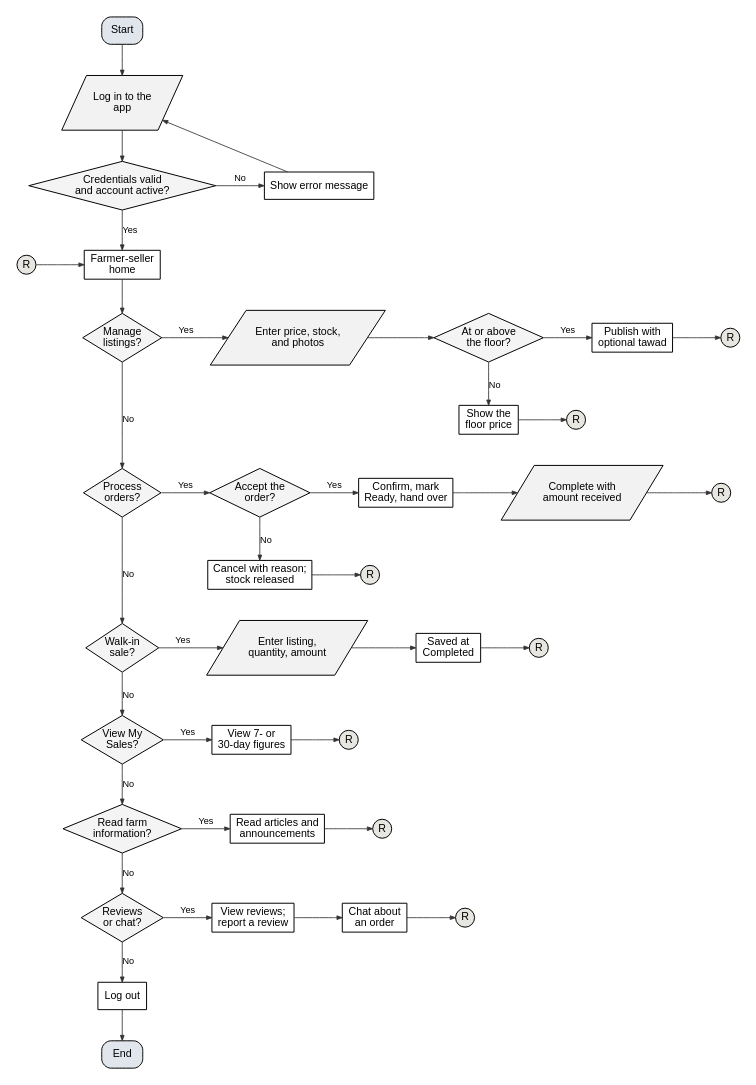
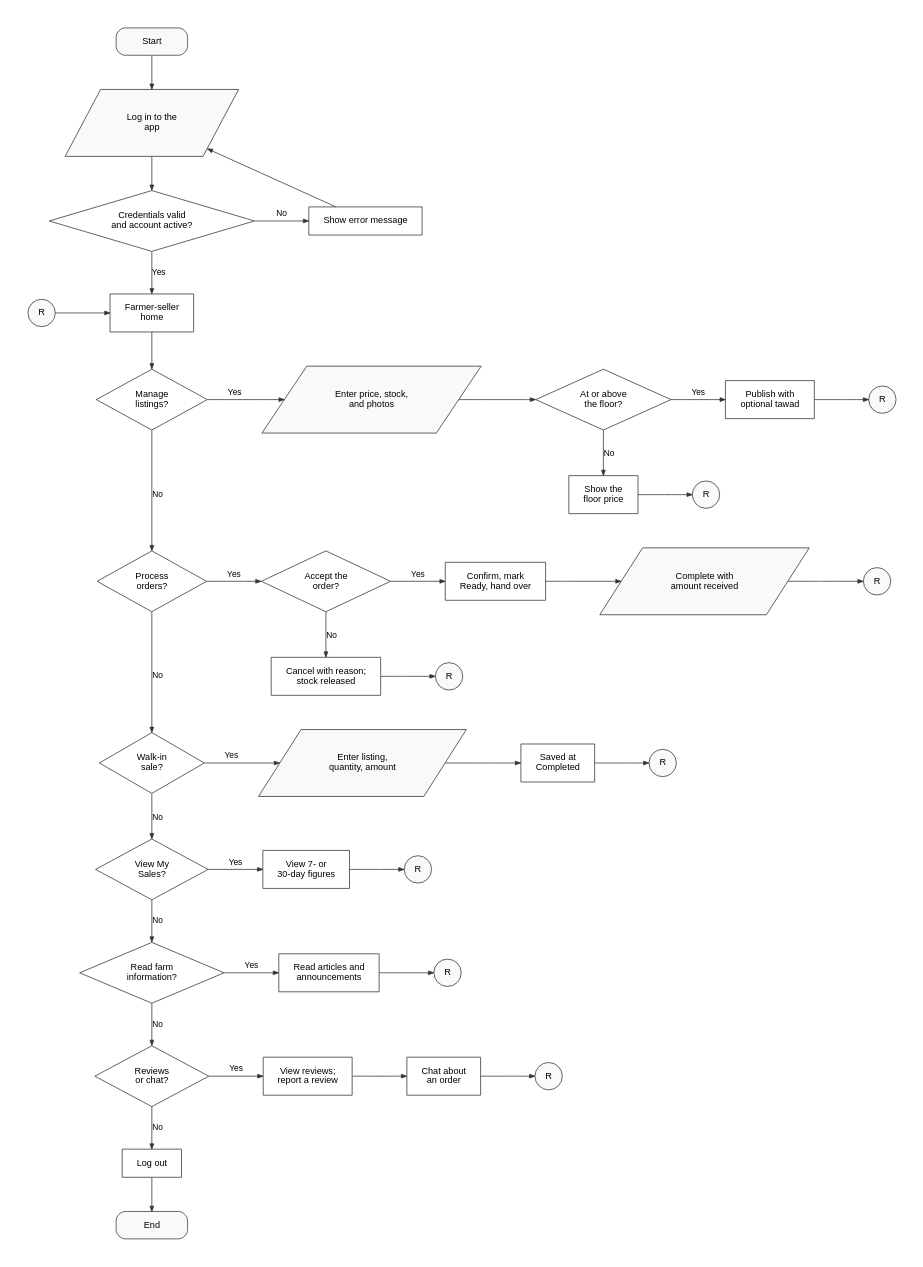
The diagram in docs/manuscript/figures/src/fig5d_flow_farmer_seller.dot (shawncastaneda11-commits/anihow-backend), drawn with Graphviz before and after one commit. The commit also changed 15 other files, not shown here.

First line of the commit message:
docs(manuscript): refactor Figure 5 to a publication-grade flowchart

```diff
--- a/docs/manuscript/figures/src/fig5d_flow_farmer_seller.dot
+++ b/docs/manuscript/figures/src/fig5d_flow_farmer_seller.dot
@@ -1,99 +1,99 @@
 digraph G {
-  graph [rankdir=TB, nodesep=0.45, ranksep=0.55, pad=0.2, fontname="Liberation Sans", newrank=true, splines=polyline];
-  node  [fontname="Liberation Sans", fontsize=14, penwidth=1.3, style=filled, fillcolor="#FFFFFF", margin="0.12,0.06"];
-  edge  [penwidth=1.1, arrowsize=0.7, color="#333333", fontname="Liberation Sans", fontsize=12];
-  s [shape=box, style="rounded,filled", fillcolor="#E1E6ED", label="Start"];
-  li [shape=parallelogram, fillcolor="#F2F2F2", label="Log in to the\napp", margin="0.02,0.04"];
-  ok [shape=diamond, fillcolor="#F4F4F4", label="Credentials valid\nand account active?", margin="0.02,0.02"];
+  graph [rankdir=TB, nodesep=0.5, ranksep=0.6, pad=0.4, fontname="Liberation Sans", newrank=true, splines=polyline, bgcolor="white"];
+  node  [fontname="Liberation Sans", fontsize=12, penwidth=1, color="#333333", style=filled, fillcolor="#FFFFFF", margin="0.26,0.16"];
+  edge  [penwidth=1, arrowsize=0.7, color="#333333", fontname="Liberation Sans", fontsize=11];
+  s [shape=box, style="rounded,filled", fillcolor="#F8F9FA", width=1.3, height=0.5, margin="0.2,0.1", label="Start"];
+  li [shape=parallelogram, fillcolor="#F8F9FA", label="Log in to the\napp", margin="0.30,0.12"];
+  ok [shape=diamond, fillcolor="#FFFFFF", label="Credentials valid\nand account active?", margin="0.20,0.10"];
   err [shape=box, label="Show error message"];
-  ain [shape=circle, width=0.35, fixedsize=true, fillcolor="#E8E6E0", label="R"];
+  ain [shape=circle, width=0.5, fixedsize=true, fillcolor="#F8F9FA", label="R"];
   home [shape=box, label="Farmer-seller\nhome"];
   lo [shape=box, label="Log out"];
-  end [shape=box, style="rounded,filled", fillcolor="#E1E6ED", label="End"];
+  end [shape=box, style="rounded,filled", fillcolor="#F8F9FA", width=1.3, height=0.5, margin="0.2,0.1", label="End"];
   s -> li;
   li -> ok;
   ok -> err [label="No"];
   err -> li [constraint=false];
   ok -> home [label="Yes"];
   ain -> home;
   {rank=same; ok err}
   {rank=same; home ain}
-  q0 [shape=diamond, fillcolor="#F4F4F4", label="Manage\nlistings?", margin="0.02,0.02"];
+  q0 [shape=diamond, fillcolor="#FFFFFF", label="Manage\nlistings?", margin="0.20,0.10"];
   home -> q0;
-  s0_0 [shape=parallelogram, fillcolor="#F2F2F2", label="Enter price, stock,\nand photos", margin="0.02,0.04"];
+  s0_0 [shape=parallelogram, fillcolor="#F8F9FA", label="Enter price, stock,\nand photos", margin="0.30,0.12"];
   q0 -> s0_0 [label="Yes"];
-  s0_1 [shape=diamond, fillcolor="#F4F4F4", label="At or above\nthe floor?", margin="0.02,0.02"];
+  s0_1 [shape=diamond, fillcolor="#FFFFFF", label="At or above\nthe floor?", margin="0.20,0.10"];
   s0_0 -> s0_1;
   a0_1 [shape=box, label="Show the\nfloor price"];
-  xa0_1 [shape=circle, width=0.35, fixedsize=true, fillcolor="#E8E6E0", label="R"];
+  xa0_1 [shape=circle, width=0.5, fixedsize=true, fillcolor="#F8F9FA", label="R"];
   s0_1 -> a0_1 [label="No"];
   a0_1 -> xa0_1;
   {rank=same; a0_1; xa0_1}
   s0_2 [shape=box, label="Publish with\noptional tawad"];
   s0_1 -> s0_2 [label="Yes"];
-  r0 [shape=circle, width=0.35, fixedsize=true, fillcolor="#E8E6E0", label="R"];
+  r0 [shape=circle, width=0.5, fixedsize=true, fillcolor="#F8F9FA", label="R"];
   s0_2 -> r0;
   {rank=same; q0; s0_0; s0_1; s0_2; r0}
-  q1 [shape=diamond, fillcolor="#F4F4F4", label="Process\norders?", margin="0.02,0.02"];
+  q1 [shape=diamond, fillcolor="#FFFFFF", label="Process\norders?", margin="0.20,0.10"];
   q0 -> q1 [label="No", minlen=2];
-  s1_0 [shape=diamond, fillcolor="#F4F4F4", label="Accept the\norder?", margin="0.02,0.02"];
+  s1_0 [shape=diamond, fillcolor="#FFFFFF", label="Accept the\norder?", margin="0.20,0.10"];
   q1 -> s1_0 [label="Yes"];
   a1_0 [shape=box, label="Cancel with reason;\nstock released"];
-  xa1_0 [shape=circle, width=0.35, fixedsize=true, fillcolor="#E8E6E0", label="R"];
+  xa1_0 [shape=circle, width=0.5, fixedsize=true, fillcolor="#F8F9FA", label="R"];
   s1_0 -> a1_0 [label="No"];
   a1_0 -> xa1_0;
   {rank=same; a1_0; xa1_0}
   s1_1 [shape=box, label="Confirm, mark\nReady, hand over"];
   s1_0 -> s1_1 [label="Yes"];
-  s1_2 [shape=parallelogram, fillcolor="#F2F2F2", label="Complete with\namount received", margin="0.02,0.04"];
+  s1_2 [shape=parallelogram, fillcolor="#F8F9FA", label="Complete with\namount received", margin="0.30,0.12"];
   s1_1 -> s1_2;
-  r1 [shape=circle, width=0.35, fixedsize=true, fillcolor="#E8E6E0", label="R"];
+  r1 [shape=circle, width=0.5, fixedsize=true, fillcolor="#F8F9FA", label="R"];
   s1_2 -> r1;
   {rank=same; q1; s1_0; s1_1; s1_2; r1}
-  q2 [shape=diamond, fillcolor="#F4F4F4", label="Walk-in\nsale?", margin="0.02,0.02"];
+  q2 [shape=diamond, fillcolor="#FFFFFF", label="Walk-in\nsale?", margin="0.20,0.10"];
   q1 -> q2 [label="No", minlen=2];
-  s2_0 [shape=parallelogram, fillcolor="#F2F2F2", label="Enter listing,\nquantity, amount", margin="0.02,0.04"];
+  s2_0 [shape=parallelogram, fillcolor="#F8F9FA", label="Enter listing,\nquantity, amount", margin="0.30,0.12"];
   q2 -> s2_0 [label="Yes"];
   s2_1 [shape=box, label="Saved at\nCompleted"];
   s2_0 -> s2_1;
-  r2 [shape=circle, width=0.35, fixedsize=true, fillcolor="#E8E6E0", label="R"];
+  r2 [shape=circle, width=0.5, fixedsize=true, fillcolor="#F8F9FA", label="R"];
   s2_1 -> r2;
   {rank=same; q2; s2_0; s2_1; r2}
-  q3 [shape=diamond, fillcolor="#F4F4F4", label="View My\nSales?", margin="0.02,0.02"];
+  q3 [shape=diamond, fillcolor="#FFFFFF", label="View My\nSales?", margin="0.20,0.10"];
   q2 -> q3 [label="No"];
   s3_0 [shape=box, label="View 7- or\n30-day figures"];
   q3 -> s3_0 [label="Yes"];
-  r3 [shape=circle, width=0.35, fixedsize=true, fillcolor="#E8E6E0", label="R"];
+  r3 [shape=circle, width=0.5, fixedsize=true, fillcolor="#F8F9FA", label="R"];
   s3_0 -> r3;
   {rank=same; q3; s3_0; r3}
-  q4 [shape=diamond, fillcolor="#F4F4F4", label="Read farm\ninformation?", margin="0.02,0.02"];
+  q4 [shape=diamond, fillcolor="#FFFFFF", label="Read farm\ninformation?", margin="0.20,0.10"];
   q3 -> q4 [label="No"];
   s4_0 [shape=box, label="Read articles and\nannouncements"];
   q4 -> s4_0 [label="Yes"];
-  r4 [shape=circle, width=0.35, fixedsize=true, fillcolor="#E8E6E0", label="R"];
+  r4 [shape=circle, width=0.5, fixedsize=true, fillcolor="#F8F9FA", label="R"];
   s4_0 -> r4;
   {rank=same; q4; s4_0; r4}
-  q5 [shape=diamond, fillcolor="#F4F4F4", label="Reviews\nor chat?", margin="0.02,0.02"];
+  q5 [shape=diamond, fillcolor="#FFFFFF", label="Reviews\nor chat?", margin="0.20,0.10"];
   q4 -> q5 [label="No"];
   s5_0 [shape=box, label="View reviews;\nreport a review"];
   q5 -> s5_0 [label="Yes"];
   s5_1 [shape=box, label="Chat about\nan order"];
   s5_0 -> s5_1;
-  r5 [shape=circle, width=0.35, fixedsize=true, fillcolor="#E8E6E0", label="R"];
+  r5 [shape=circle, width=0.5, fixedsize=true, fillcolor="#F8F9FA", label="R"];
   s5_1 -> r5;
   {rank=same; q5; s5_0; s5_1; r5}
   q5 -> lo [label="No"];
   lo -> end;
   s [group=trunk];
   li [group=trunk];
   ok [group=trunk];
   home [group=trunk];
   lo [group=trunk];
   end [group=trunk];
   q0 [group=trunk];
   q1 [group=trunk];
   q2 [group=trunk];
   q3 [group=trunk];
   q4 [group=trunk];
   q5 [group=trunk];
 }
```
